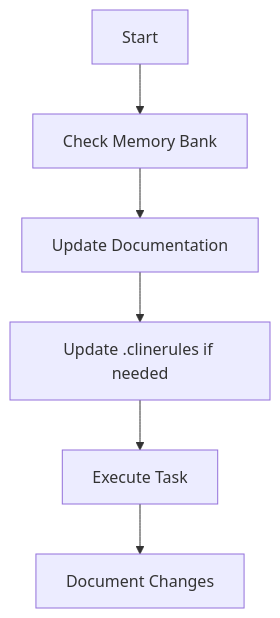
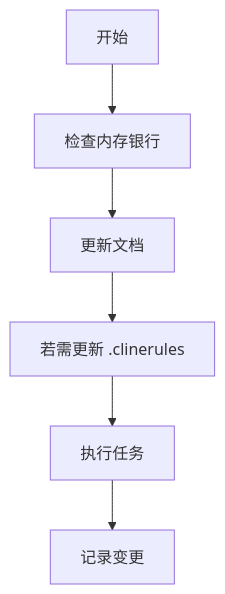
One commit to nkuacac/cline-chinese changed the third of 5 diagrams in docs/prompting/custom instructions library/raw-instructions/cline-memory-bank.md. Above: the diagram before and after it, drawn with Mermaid. The commit also changed other lines of this file and 29 other files, not shown here.

````diff
--- a/docs/prompting/custom instructions library/raw-instructions/cline-memory-bank.md
+++ b/docs/prompting/custom instructions library/raw-instructions/cline-memory-bank.md
@@ -84,8 +84,8 @@
 ```mermaid
 flowchart TD
-    Start[Start] --> Context[Check Memory Bank]
-    Context --> Update[Update Documentation]
-    Update --> Rules[Update .clinerules if needed]
-    Rules --> Execute[Execute Task]
-    Execute --> Document[Document Changes]
+    Start[开始] --> Context[检查内存银行]
+    Context --> Update[更新文档]
+    Update --> Rules[若需更新 .clinerules]
+    Rules --> Execute[执行任务]
+    Execute --> Document[记录变更]
 ```
````
